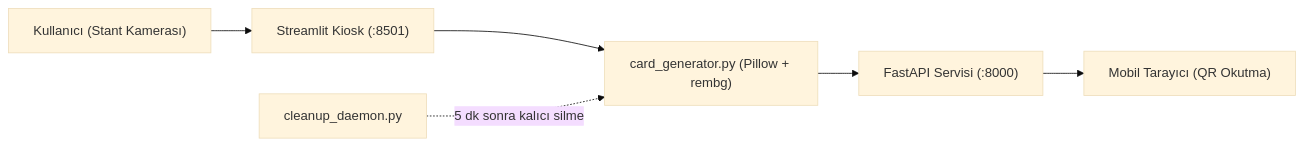
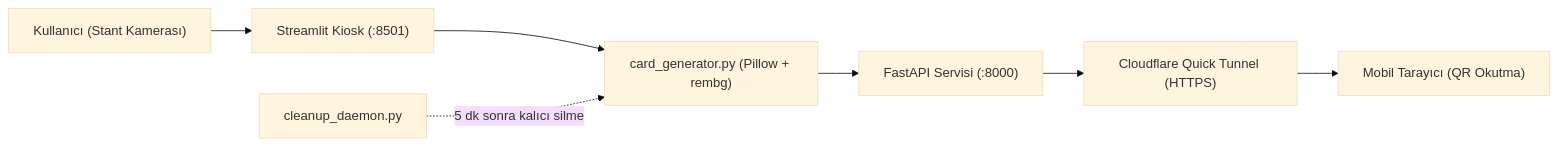
Before and after one commit to caganirmakk/ai-student-club-stand-calismasi: the diagram in README.md, drawn with Mermaid (base theme). The commit also changed other lines of this file, not shown here.

````diff
--- a/README.md
+++ b/README.md
@@ -26,8 +26,9 @@
 ```mermaid
 flowchart LR
     A["Kullanıcı (Stant Kamerası)"] --> B["Streamlit Kiosk (:8501)"]
     B --> C["card_generator.py (Pillow + rembg)"]
     C --> D["FastAPI Servisi (:8000)"]
-    D --> E["Mobil Tarayıcı (QR Okutma)"]
-    F["cleanup_daemon.py"] -.->|"5 dk sonra kalıcı silme"| C
+    D --> E["Cloudflare Quick Tunnel (HTTPS)"]
+    E --> F["Mobil Tarayıcı (QR Okutma)"]
+    G["cleanup_daemon.py"] -.->|"5 dk sonra kalıcı silme"| C
 ```
````
